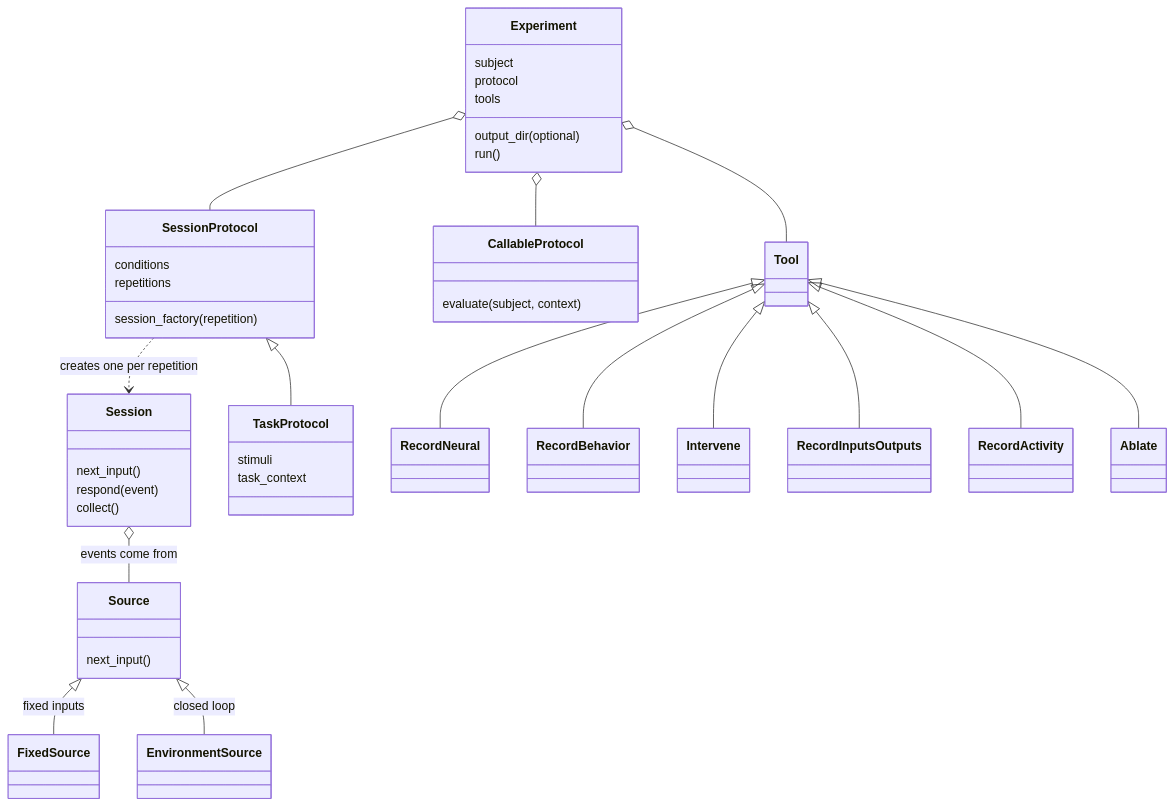
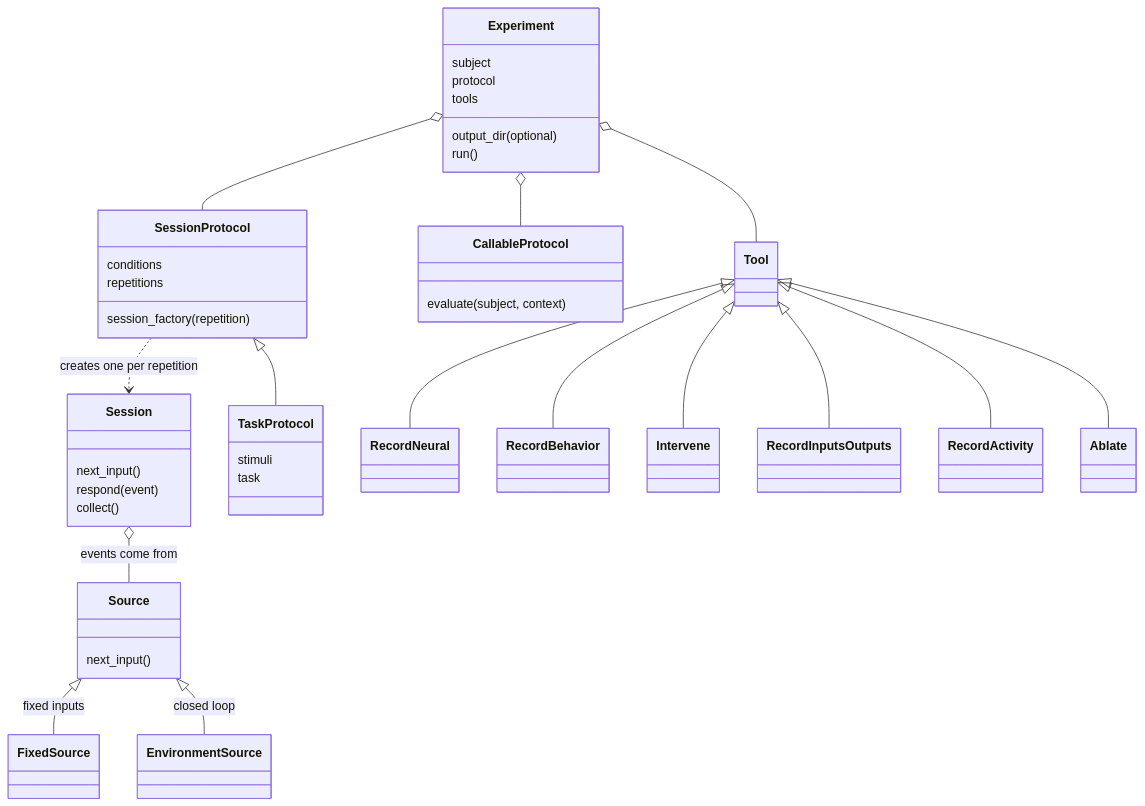
The third of 3 diagrams in docs/03_class_map.md (KartikP/brainscore-unified), drawn with Mermaid before and after one commit. The commit also changed 41 other files, not shown here.

````diff
--- a/docs/03_class_map.md
+++ b/docs/03_class_map.md
@@ -121,44 +121,44 @@
 ```mermaid
 classDiagram
     class Session {
         next_input()
         respond(event)
         collect()
     }
     class Source {
         next_input()
     }
     Session o-- Source : events come from
     Source <|-- FixedSource : fixed inputs
     Source <|-- EnvironmentSource : closed loop
     class SessionProtocol {
         session_factory(repetition)
         conditions
         repetitions
     }
     class CallableProtocol {
         evaluate(subject, context)
     }
     class Experiment {
         subject
         protocol
         tools
         output_dir (optional)
         run()
     }
     class TaskProtocol {
         stimuli
-        task_context
+        task
     }
     Experiment o-- SessionProtocol
     Experiment o-- CallableProtocol
     SessionProtocol <|-- TaskProtocol
     SessionProtocol ..> Session : creates one per repetition
     Experiment o-- Tool
     Tool <|-- RecordNeural
     Tool <|-- RecordBehavior
     Tool <|-- Intervene
     Tool <|-- RecordInputsOutputs
     Tool <|-- RecordActivity
     Tool <|-- Ablate
 ```
````
